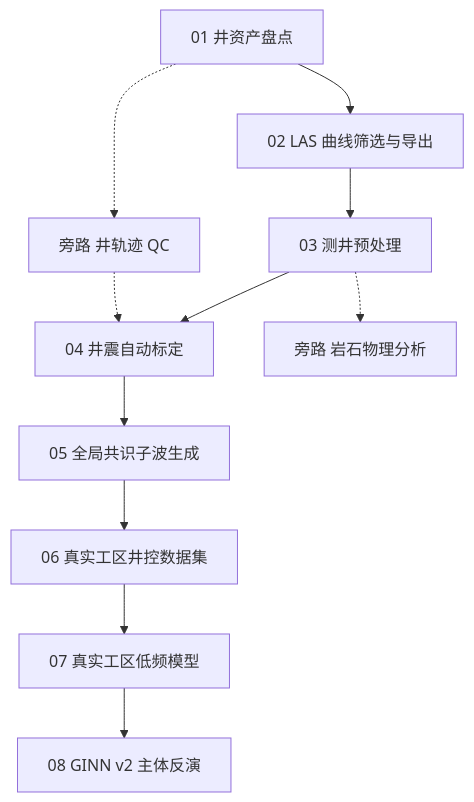
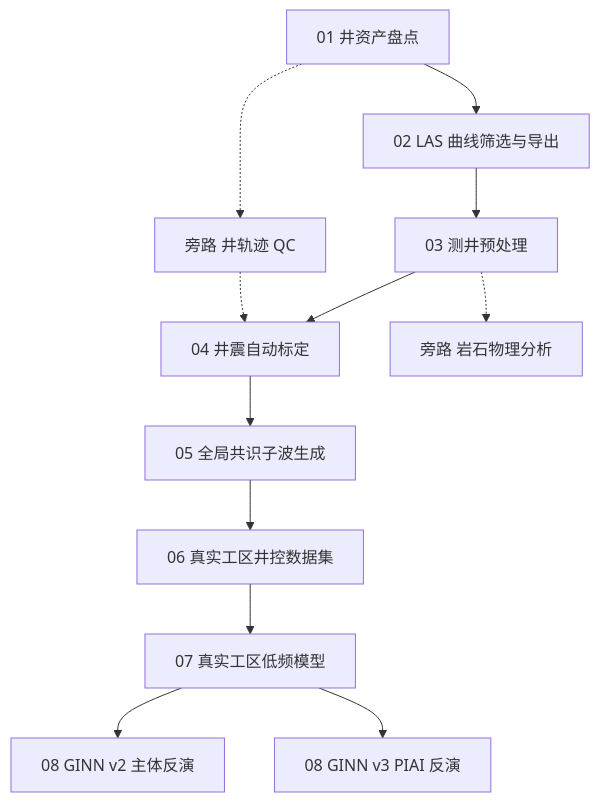
One commit to oimero/inversion_workflow changed the diagram in docs/index.md. Above: the diagram before and after it, drawn with Mermaid. The commit also changed other lines of this file and 14 other files, not shown here.

````diff
--- a/docs/index.md
+++ b/docs/index.md
@@ -3,10 +3,11 @@
 ```mermaid
 flowchart TB
     S1["01 井资产盘点"] --> S2["02 LAS 曲线筛选与导出"] --> S3["03 测井预处理"] --> S4["04 井震自动标定"] --> S5["05 全局共识子波生成"] --> S6["06 真实工区井控数据集"] --> S7["07 真实工区低频模型"] --> S8["08 GINN v2 主体反演"]
+    S7 --> S8P["08 GINN v3 PIAI 反演"]
 
     WT["旁路 井轨迹 QC"]
     S1 -.-> WT -.-> S4
 
     RP["旁路 岩石物理分析"]
     S3 -.-> RP
 ```
````
